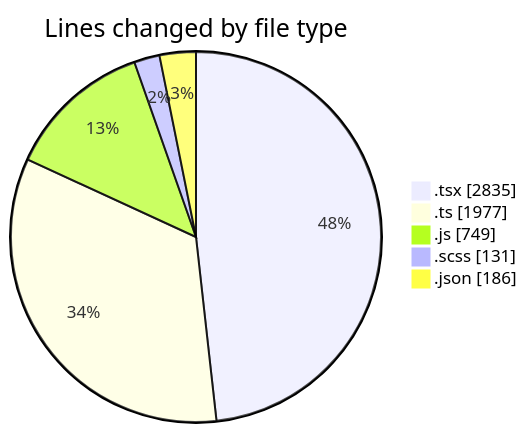
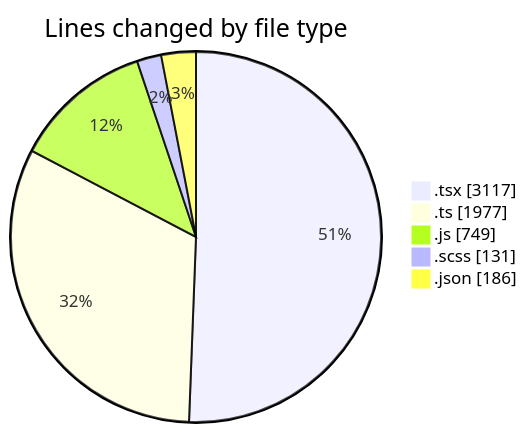
One commit to momahboobian/code-tracking changed the first of 2 diagrams in 2026-06-11/cda/README.md. Above: the diagram before and after it, drawn with Mermaid. The commit also changed other lines of this file and 1 other file, not shown here.

````diff
--- a/2026-06-11/cda/README.md
+++ b/2026-06-11/cda/README.md
@@ -55,9 +56,9 @@
 ```mermaid
 pie showData
 title Lines changed by file type
-".tsx" : 2835
+".tsx" : 3117
 ".ts" : 1977
 ".js" : 749
 ".scss" : 131
 ".json" : 186
 ```
````
